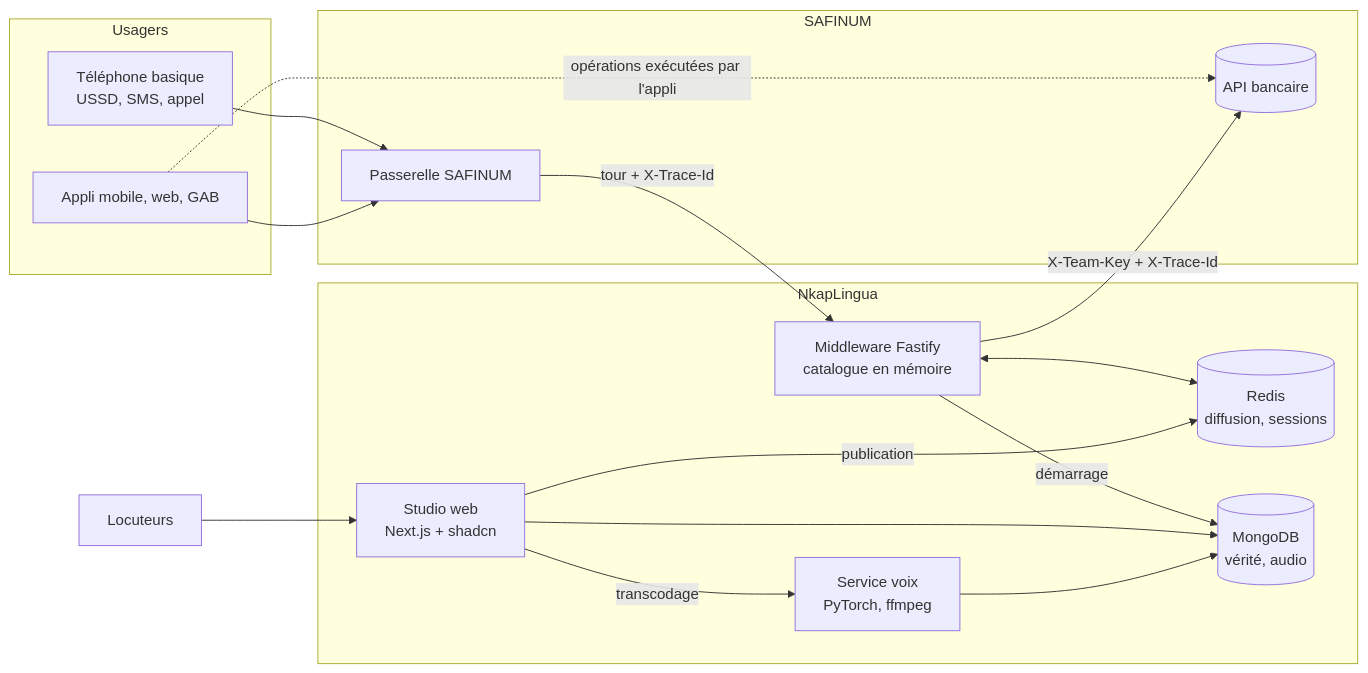
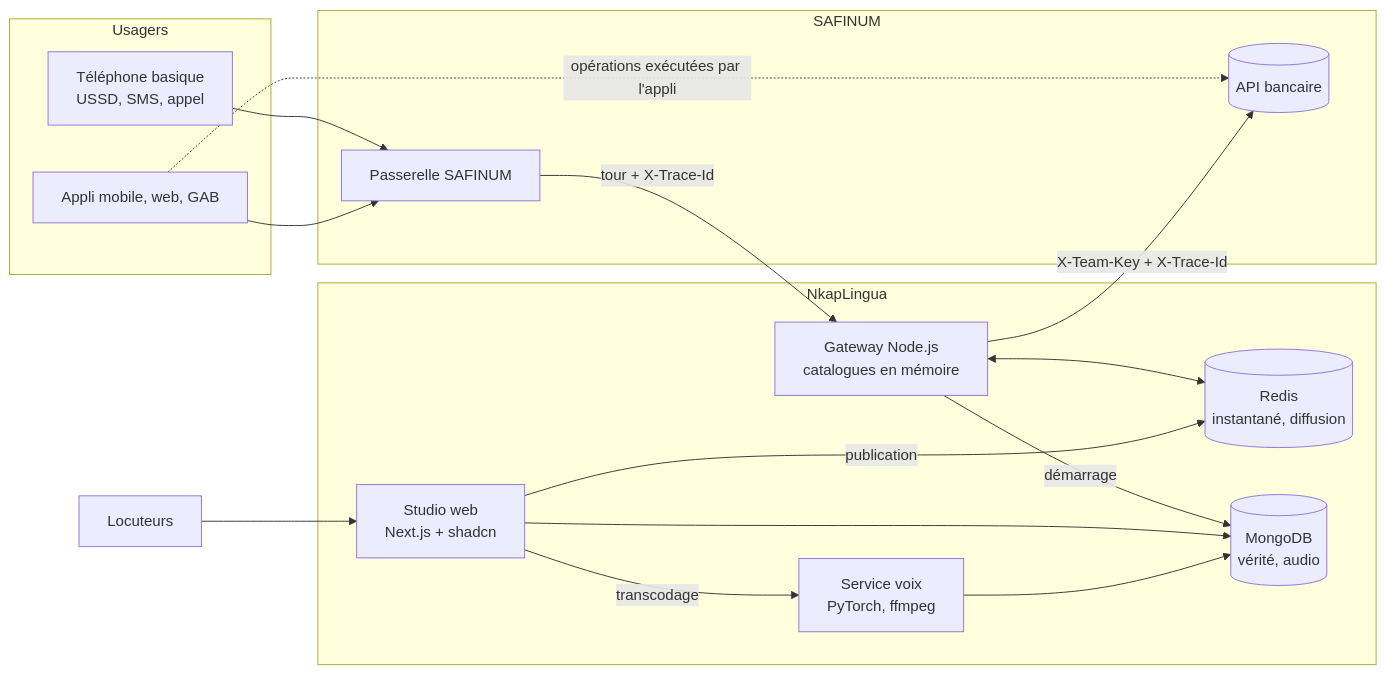
Before and after one commit to junguck/nkaplingua: the first of 8 diagrams in docs/ARCHITECTURE.md, drawn with Mermaid. The commit also changed other lines of this file and 17 other files, not shown here.

````diff
--- a/docs/ARCHITECTURE.md
+++ b/docs/ARCHITECTURE.md
@@ -13,32 +13,32 @@
 ```mermaid
 flowchart LR
     subgraph Usagers
         U1[Téléphone basique<br/>USSD, SMS, appel]
         U2[Appli mobile, web, GAB]
     end
     subgraph SAFINUM
         GW[Passerelle SAFINUM]
         BANK[(API bancaire)]
     end
     subgraph NkapLingua
-        MW[Middleware Fastify<br/>catalogue en mémoire]
-        R[(Redis<br/>diffusion, sessions)]
+        MW[Gateway Node.js<br/>catalogues en mémoire]
+        R[(Redis<br/>instantané, diffusion)]
         M[(MongoDB<br/>vérité, audio)]
         TTS[Service voix<br/>PyTorch, ffmpeg]
         ST[Studio web<br/>Next.js + shadcn]
     end
     LOC[Locuteurs]
 
     U1 --> GW
     U2 --> GW
     GW -- tour + X-Trace-Id --> MW
     MW -- X-Team-Key + X-Trace-Id --> BANK
     U2 -. opérations exécutées par l'appli .-> BANK
     MW <--> R
     MW -- démarrage --> M
     LOC --> ST
     ST --> M
     ST -- publication --> R
     ST -- transcodage --> TTS
     TTS --> M
 ```
````
